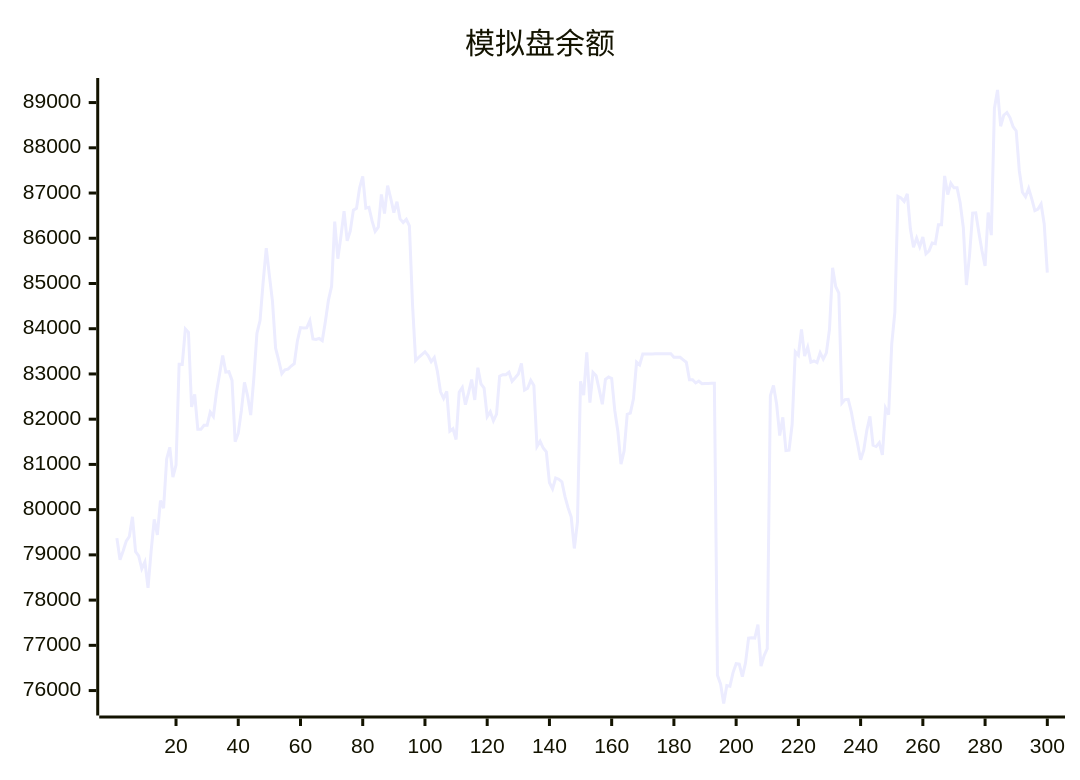
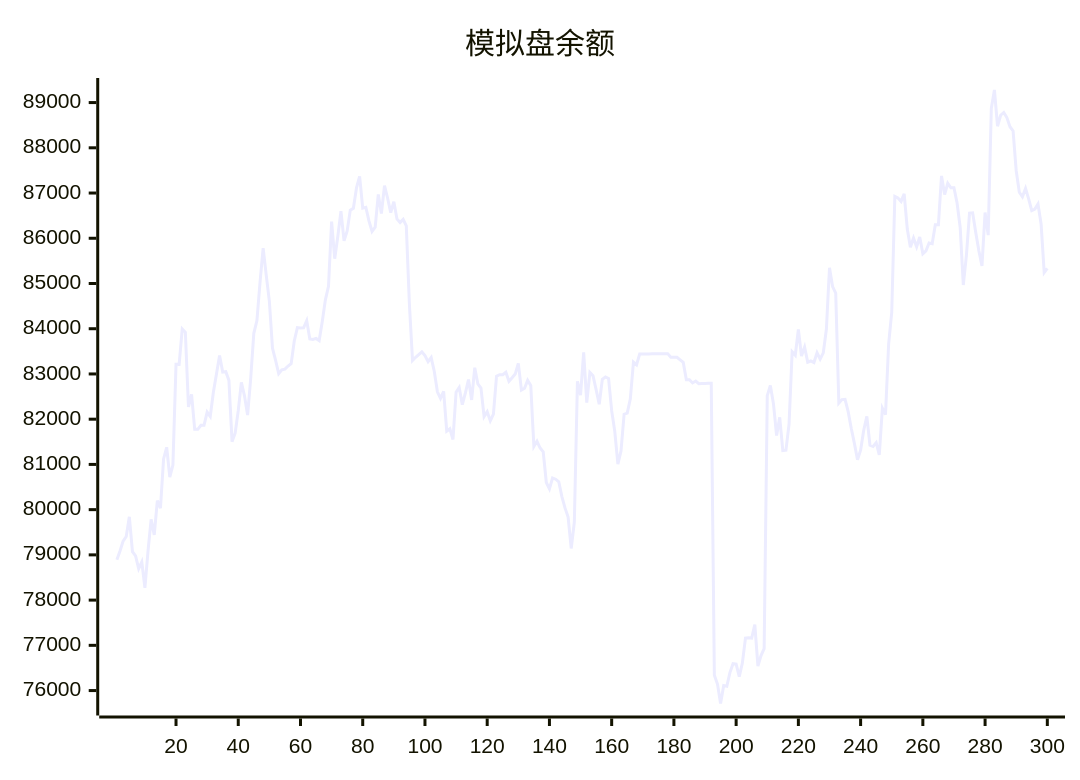
One commit to aahl/ai-trading changed the diagram in README.md. Above: the diagram before and after it, drawn with Mermaid. The commit also changed other lines of this file and 1 other file, not shown here.

````diff
--- a/README.md
+++ b/README.md
@@ -5,5 +5,5 @@
 ```mermaid
 xychart
     title "模拟盘余额"
-    line [79371,78893,79087,79304,79406,79841,79072,78978,78696,78846,78272,79085,79787,79442,80198,80031,81120,81379,80718,80985,83214,83212,83993,83921,82270,82547,81776,81776,81866,81866,82158,82061,82596,83000,83408,83041,83050,82858,81503,81691,82188,82812,82517,82092,82901,83898,84180,85030,85781,85178,84604,83569,83298,83008,83093,83107,83175,83228,83729,84025,84017,84019,84177,83775,83762,83785,83738,84160,84639,84939,86370,85548,86046,86599,85942,86161,86622,86664,87115,87369,86666,86685,86384,86152,86243,86969,86548,87164,86885,86566,86809,86427,86348,86417,86273,84538,83299,83369,83430,83490,83404,83270,83362,83056,82605,82459,82614,81734,81788,81551,82598,82702,82320,82580,82878,82426,83139,82778,82686,82056,82166,81963,82110,82951,82983,82984,83038,82838,82915,82998,83235,82642,82682,82858,82746,81396,81512,81362,81277,80600,80461,80699,80673,80616,80288,80038,79836,79142,79722,82837,82533,83480,82366,83032,82960,82654,82330,82883,82934,82901,82188,81728,81005,81298,82110,82135,82449,83264,83203,83440,83439,83440,83440,83446,83447,83448,83447,83448,83449,83369,83369,83369,83313,83256,82872,82873,82801,82844,82785,82791,82791,82793,82794,76339,76145,75714,76110,76096,76397,76594,76585,76310,76607,77160,77170,77160,77456,76541,76774,76927,82520,82744,82337,81639,82040,81307,81314,81887,83490,83414,83984,83396,83594,83261,83287,83253,83470,83327,83465,83987,85348,84930,84786,82355,82433,82438,82167,81795,81466,81105,81315,81756,82064,81426,81398,81481,81210,82242,82099,83658,84359,86925,86892,86814,86980,86203,85802,86003,85811,86028,85657,85721,85896,85880,86300,86299,87378,86965,87214,87115,87118,86780,86238,84966,85623,86555,86562,86129,85722,85387,86569,86070,88870,89278,88477,88720,88781,88668,88467,88372,87493,87018,86917,87102,86870,86613,86644,86758,86317,85242]
+    line [78893,79087,79304,79406,79841,79072,78978,78696,78846,78272,79085,79787,79442,80198,80031,81120,81379,80718,80985,83214,83212,83993,83921,82270,82547,81776,81776,81866,81866,82158,82061,82596,83000,83408,83041,83050,82858,81503,81691,82188,82812,82517,82092,82901,83898,84180,85030,85781,85178,84604,83569,83298,83008,83093,83107,83175,83228,83729,84025,84017,84019,84177,83775,83762,83785,83738,84160,84639,84939,86370,85548,86046,86599,85942,86161,86622,86664,87115,87369,86666,86685,86384,86152,86243,86969,86548,87164,86885,86566,86809,86427,86348,86417,86273,84538,83299,83369,83430,83490,83404,83270,83362,83056,82605,82459,82614,81734,81788,81551,82598,82702,82320,82580,82878,82426,83139,82778,82686,82056,82166,81963,82110,82951,82983,82984,83038,82838,82915,82998,83235,82642,82682,82858,82746,81396,81512,81362,81277,80600,80461,80699,80673,80616,80288,80038,79836,79142,79722,82837,82533,83480,82366,83032,82960,82654,82330,82883,82934,82901,82188,81728,81005,81298,82110,82135,82449,83264,83203,83440,83439,83440,83440,83446,83447,83448,83447,83448,83449,83369,83369,83369,83313,83256,82872,82873,82801,82844,82785,82791,82791,82793,82794,76339,76145,75714,76110,76096,76397,76594,76585,76310,76607,77160,77170,77160,77456,76541,76774,76927,82520,82744,82337,81639,82040,81307,81314,81887,83490,83414,83984,83396,83594,83261,83287,83253,83470,83327,83465,83987,85348,84930,84786,82355,82433,82438,82167,81795,81466,81105,81315,81756,82064,81426,81398,81481,81210,82242,82099,83658,84359,86925,86892,86814,86980,86203,85802,86003,85811,86028,85657,85721,85896,85880,86300,86299,87378,86965,87214,87115,87118,86780,86238,84966,85623,86555,86562,86129,85722,85387,86569,86070,88870,89278,88477,88720,88781,88668,88467,88372,87493,87018,86917,87102,86870,86613,86644,86758,86317,85242,85334]
 ```
````
